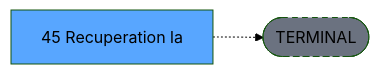
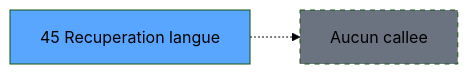
One commit to thonyAGP/magic-migration changed the third of 3 diagrams in .openspec/specs/ADH-IDE-45.md. Above: the diagram before and after it, drawn with Mermaid (forest theme). The commit also changed other lines of this file and 311 other files, not shown here.

````diff
--- a/.openspec/specs/ADH-IDE-45.md
+++ b/.openspec/specs/ADH-IDE-45.md
@@ -138,8 +195,8 @@
 ```mermaid
 graph LR
-    T[45 Recuperation la]
-    TERM([TERMINAL])
-    T -.-> TERM
-    style TERM fill:#6b7280,stroke-dasharray: 5 5
-    style T fill:#58a6ff,color:#000
+    T45[45 Recuperation langue]
+    style T45 fill:#58a6ff
+    NONE[Aucun callee]
+    T45 -.-> NONE
+    style NONE fill:#6b7280,stroke-dasharray: 5 5
 ```
````
